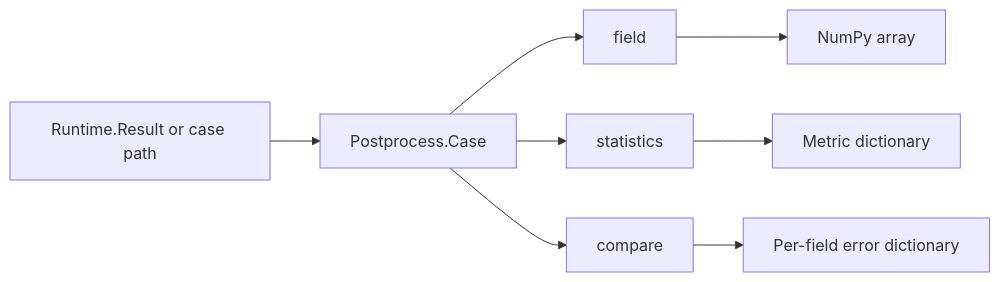
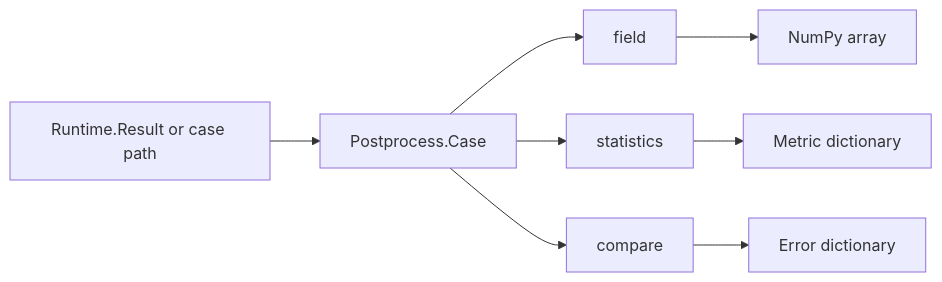
The diagram in docs/api/postprocess.md (PentagonToy/FoamNordic), drawn with Mermaid before and after one commit. The commit also changed other lines of this file and 24 other files, not shown here.

````diff
--- a/docs/api/postprocess.md
+++ b/docs/api/postprocess.md
@@ -5,10 +5,10 @@
 ```mermaid
 flowchart LR
     A[Runtime.Result or case path] --> B[Postprocess.Case]
     B --> C[field]
     B --> D[statistics]
     B --> E[compare]
     C --> F[NumPy array]
     D --> G[Metric dictionary]
-    E --> H[Per-field error dictionary]
+    E --> H[Error dictionary]
 ```
````
